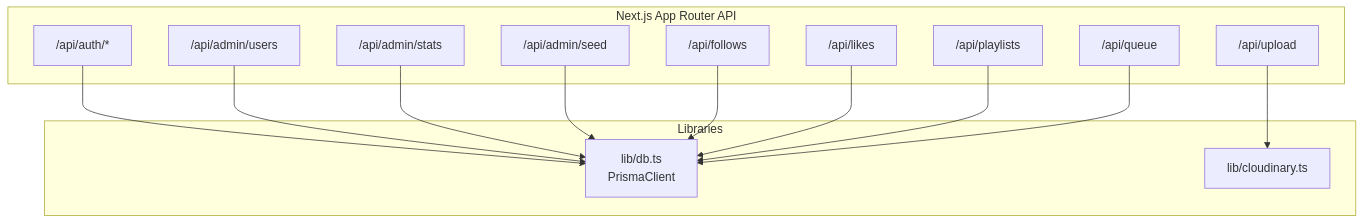
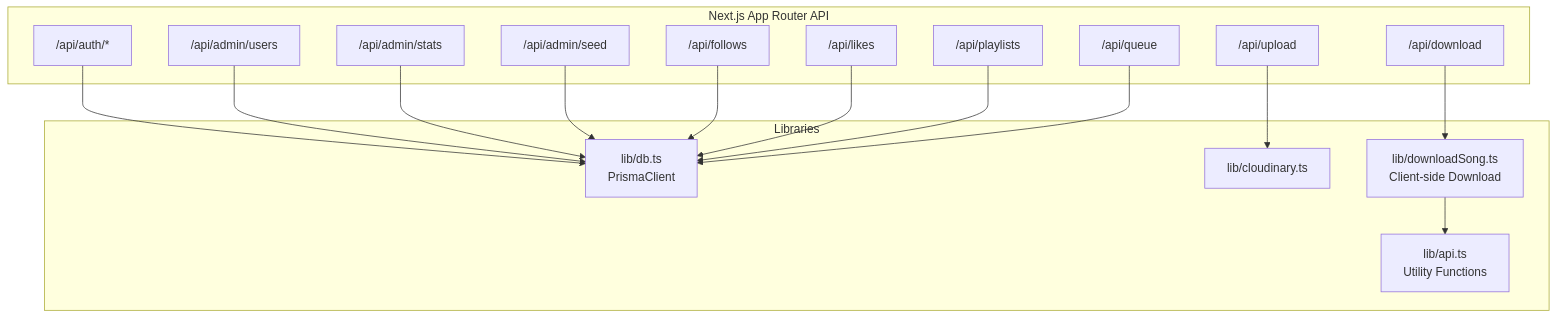
Before and after one commit to moindestiny/SonicStream: the first of 10 diagrams in .qoder/repowiki/en/content/Architecture Overview/Backend Architecture/Backend Architecture.md, drawn with Mermaid. The commit also changed other lines of this file and 12 other files, not shown here.

````diff
--- a/.qoder/repowiki/en/content/Architecture Overview/Backend Architecture/Backend Architecture.md
+++ b/.qoder/repowiki/en/content/Architecture Overview/Backend Architecture/Backend Architecture.md
@@ -41,27 +55,32 @@
 ```mermaid
 graph TB
 subgraph "Next.js App Router API"
 AUTH["/api/auth/*"]
 ADMIN_USERS["/api/admin/users"]
 ADMIN_STATS["/api/admin/stats"]
 ADMIN_SEED["/api/admin/seed"]
 FOLLOWS["/api/follows"]
 LIKES["/api/likes"]
 PLAYLISTS["/api/playlists"]
 QUEUE["/api/queue"]
 UPLOAD["/api/upload"]
+DOWNLOAD["/api/download"]
 end
 subgraph "Libraries"
 PRISMA["lib/db.ts<br/>PrismaClient"]
 CLOUDINARY["lib/cloudinary.ts"]
+API_UTILS["lib/api.ts<br/>Utility Functions"]
+DOWNLOAD_UTILS["lib/downloadSong.ts<br/>Client-side Download"]
 end
 AUTH --> PRISMA
 ADMIN_USERS --> PRISMA
 ADMIN_STATS --> PRISMA
 ADMIN_SEED --> PRISMA
 FOLLOWS --> PRISMA
 LIKES --> PRISMA
 PLAYLISTS --> PRISMA
 QUEUE --> PRISMA
 UPLOAD --> CLOUDINARY
+DOWNLOAD --> DOWNLOAD_UTILS
+DOWNLOAD_UTILS --> API_UTILS
 ```
````
